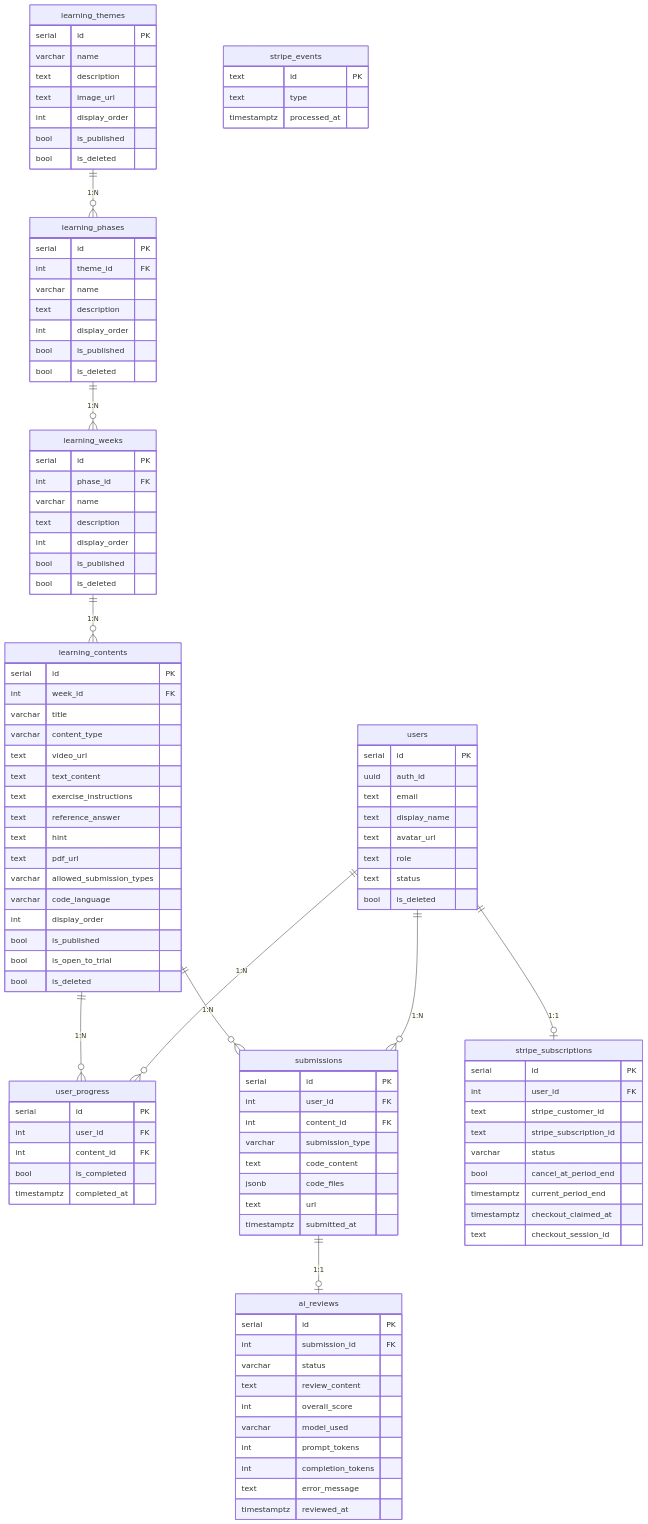
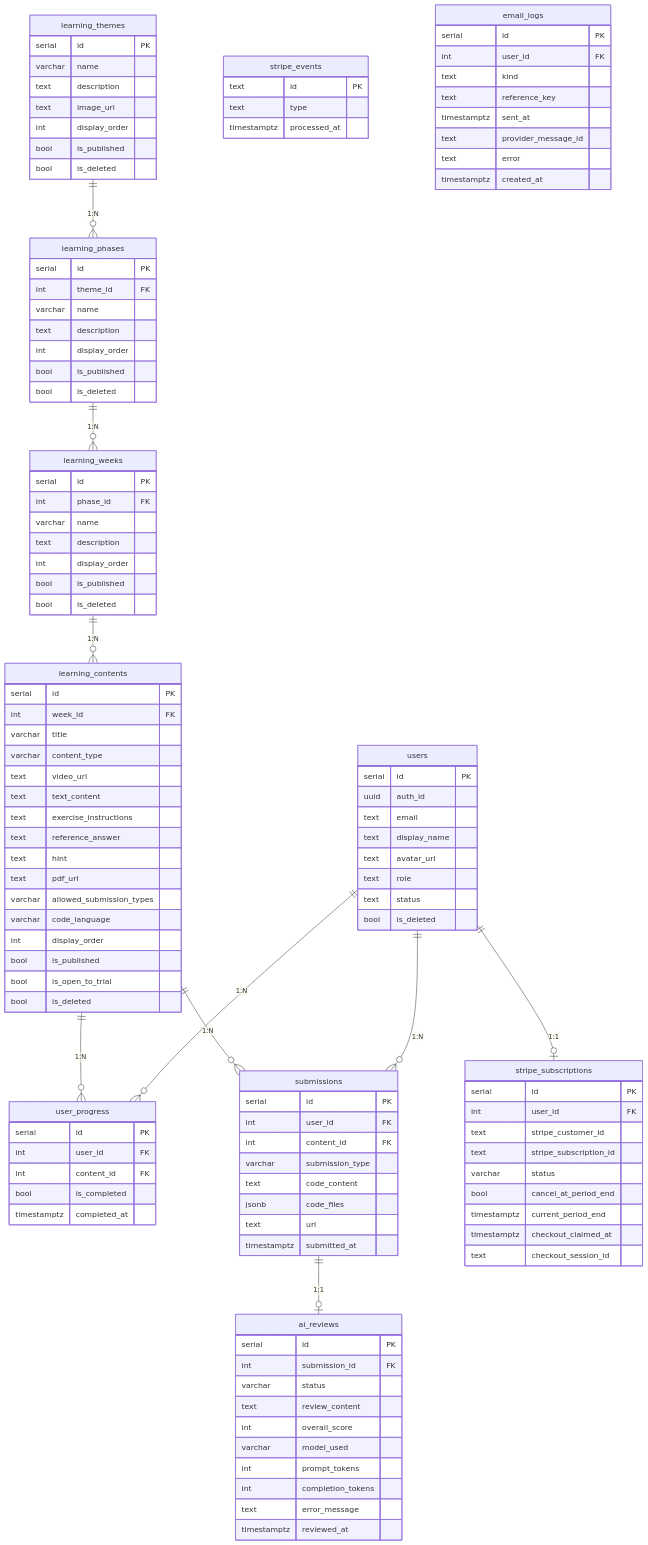
One commit to Singuralitylabs/sinlab-study changed the diagram in docs/database.md. Above: the diagram before and after it, drawn with Mermaid. The commit also changed other lines of this file and 5 other files, not shown here.

````diff
--- a/docs/database.md
+++ b/docs/database.md
@@ -137,4 +137,14 @@
         text type
         timestamptz processed_at
     }
+    email_logs {
+        serial id PK
+        int user_id FK
+        text kind
+        text reference_key
+        timestamptz sent_at
+        text provider_message_id
+        text error
+        timestamptz created_at
+    }
 ```
````
